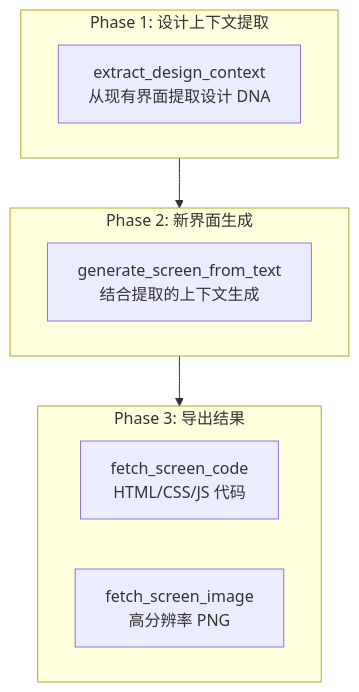
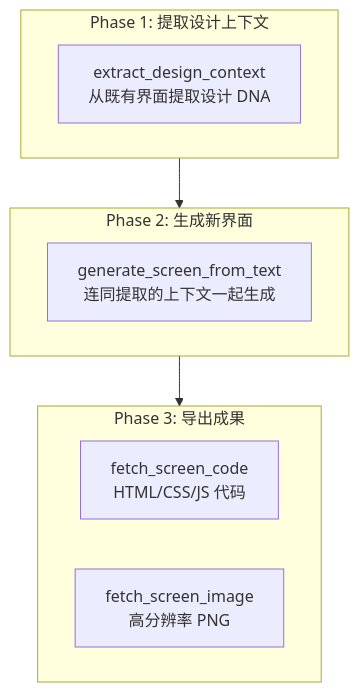
The second of 3 diagrams in docs-site/content/zh/advanced/stitch-guide.md (modu-ai/moai-adk), drawn with Mermaid before and after one commit. The commit also changed other lines of this file and 395 other files, not shown here.

````diff
--- a/docs-site/content/zh/advanced/stitch-guide.md
+++ b/docs-site/content/zh/advanced/stitch-guide.md
@@ -182,18 +182,18 @@
 ```mermaid
 flowchart TD
-    subgraph P1["Phase 1: 设计上下文提取"]
-        EC["extract_design_context<br>从现有界面提取设计 DNA"]
+    subgraph P1["Phase 1: 提取设计上下文"]
+        EC["extract_design_context<br>从既有界面提取设计 DNA"]
     end
 
-    subgraph P2["Phase 2: 新界面生成"]
-        GS["generate_screen_from_text<br>结合提取的上下文生成"]
+    subgraph P2["Phase 2: 生成新界面"]
+        GS["generate_screen_from_text<br>连同提取的上下文一起生成"]
     end
 
-    subgraph P3["Phase 3: 导出结果"]
+    subgraph P3["Phase 3: 导出成果"]
         FC["fetch_screen_code<br>HTML/CSS/JS 代码"]
         FI["fetch_screen_image<br>高分辨率 PNG"]
     end
 
     P1 --> P2
     P2 --> P3
 ```
````
